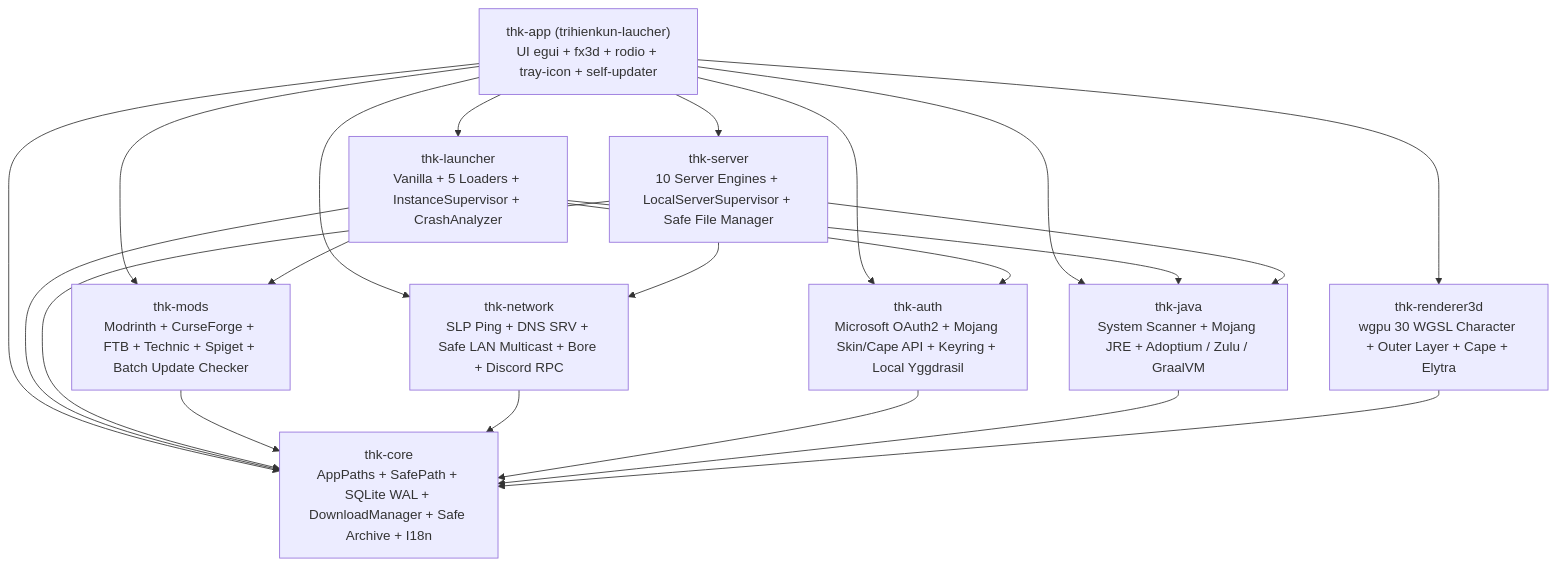
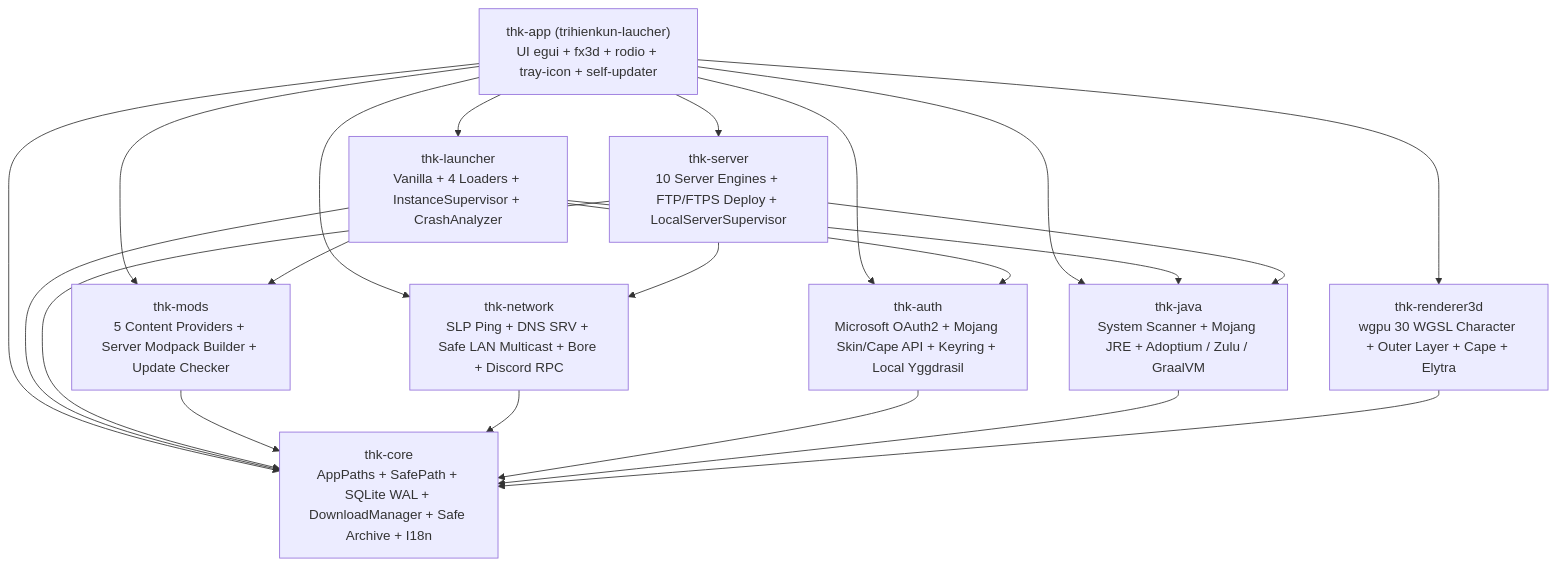
Before and after one commit to PhamTriHien/TriHienKun_Laucher: the first of 2 diagrams in docs/ARCHITECTURE.md, drawn with Mermaid. The commit also changed other lines of this file and 165 other files, not shown here.

````diff
--- a/docs/ARCHITECTURE.md
+++ b/docs/ARCHITECTURE.md
@@ -21,36 +21,36 @@
 ```mermaid
 flowchart TD
     APP["thk-app (trihienkun-laucher)\nUI egui + fx3d + rodio + tray-icon + self-updater"]
-    LAUNCHER["thk-launcher\nVanilla + 5 Loaders + InstanceSupervisor + CrashAnalyzer"]
-    SERVER["thk-server\n10 Server Engines + LocalServerSupervisor + Safe File Manager"]
-    MODS["thk-mods\nModrinth + CurseForge + FTB + Technic + Spiget + Batch Update Checker"]
+    LAUNCHER["thk-launcher\nVanilla + 4 Loaders + InstanceSupervisor + CrashAnalyzer"]
+    SERVER["thk-server\n10 Server Engines + FTP/FTPS Deploy + LocalServerSupervisor"]
+    MODS["thk-mods\n5 Content Providers + Server Modpack Builder + Update Checker"]
     NETWORK["thk-network\nSLP Ping + DNS SRV + Safe LAN Multicast + Bore + Discord RPC"]
     AUTH["thk-auth\nMicrosoft OAuth2 + Mojang Skin/Cape API + Keyring + Local Yggdrasil"]
     JAVA["thk-java\nSystem Scanner + Mojang JRE + Adoptium / Zulu / GraalVM"]
     RENDERER["thk-renderer3d\nwgpu 30 WGSL Character + Outer Layer + Cape + Elytra"]
     CORE["thk-core\nAppPaths + SafePath + SQLite WAL + DownloadManager + Safe Archive + I18n"]
 
     APP --> LAUNCHER
     APP --> SERVER
     APP --> MODS
     APP --> NETWORK
     APP --> AUTH
     APP --> JAVA
     APP --> RENDERER
     APP --> CORE
 
     LAUNCHER --> AUTH
     LAUNCHER --> JAVA
     LAUNCHER --> MODS
     LAUNCHER --> CORE
 
     SERVER --> JAVA
     SERVER --> NETWORK
     SERVER --> CORE
 
     MODS --> CORE
     NETWORK --> CORE
     AUTH --> CORE
     JAVA --> CORE
     RENDERER --> CORE
 ```
````
